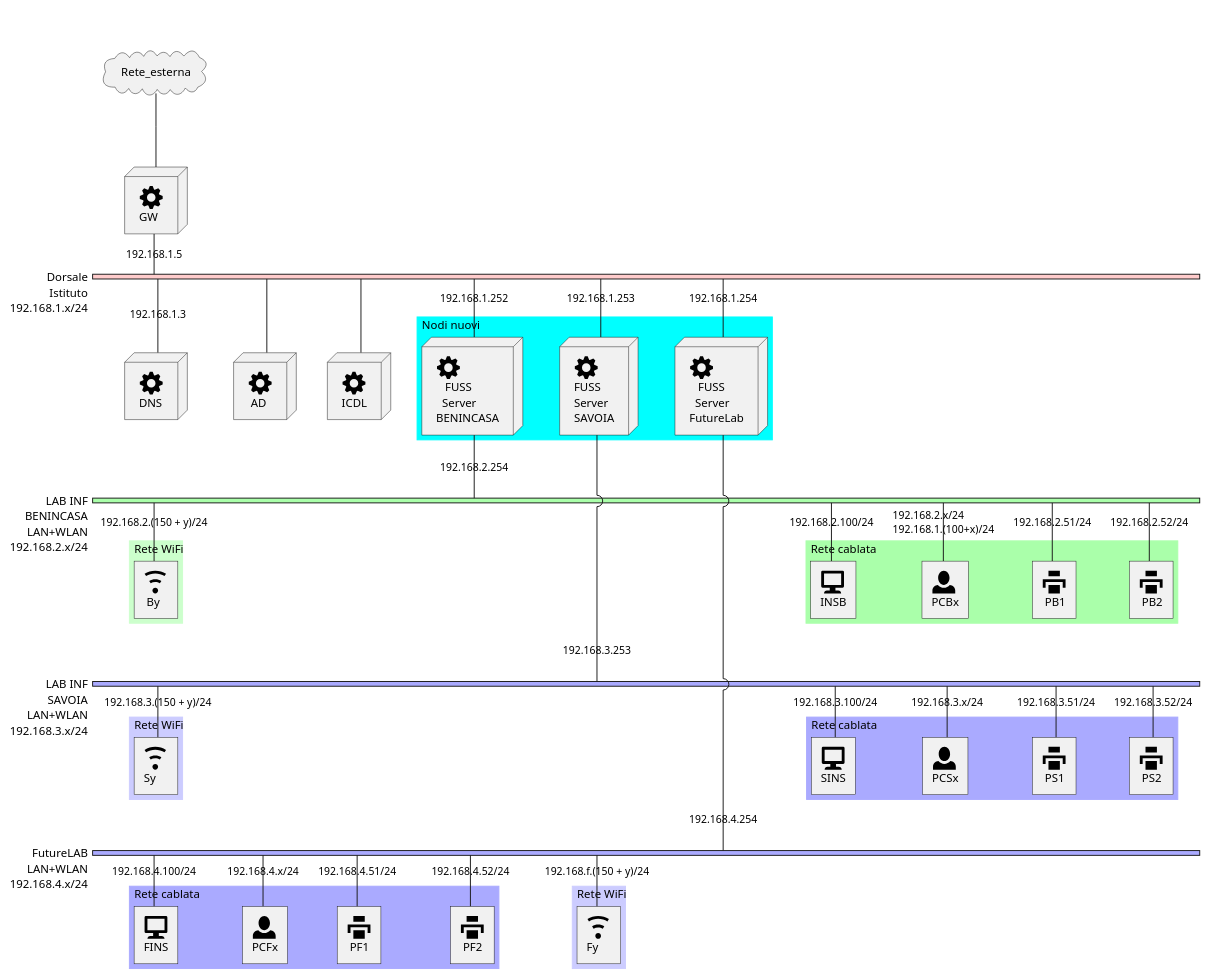
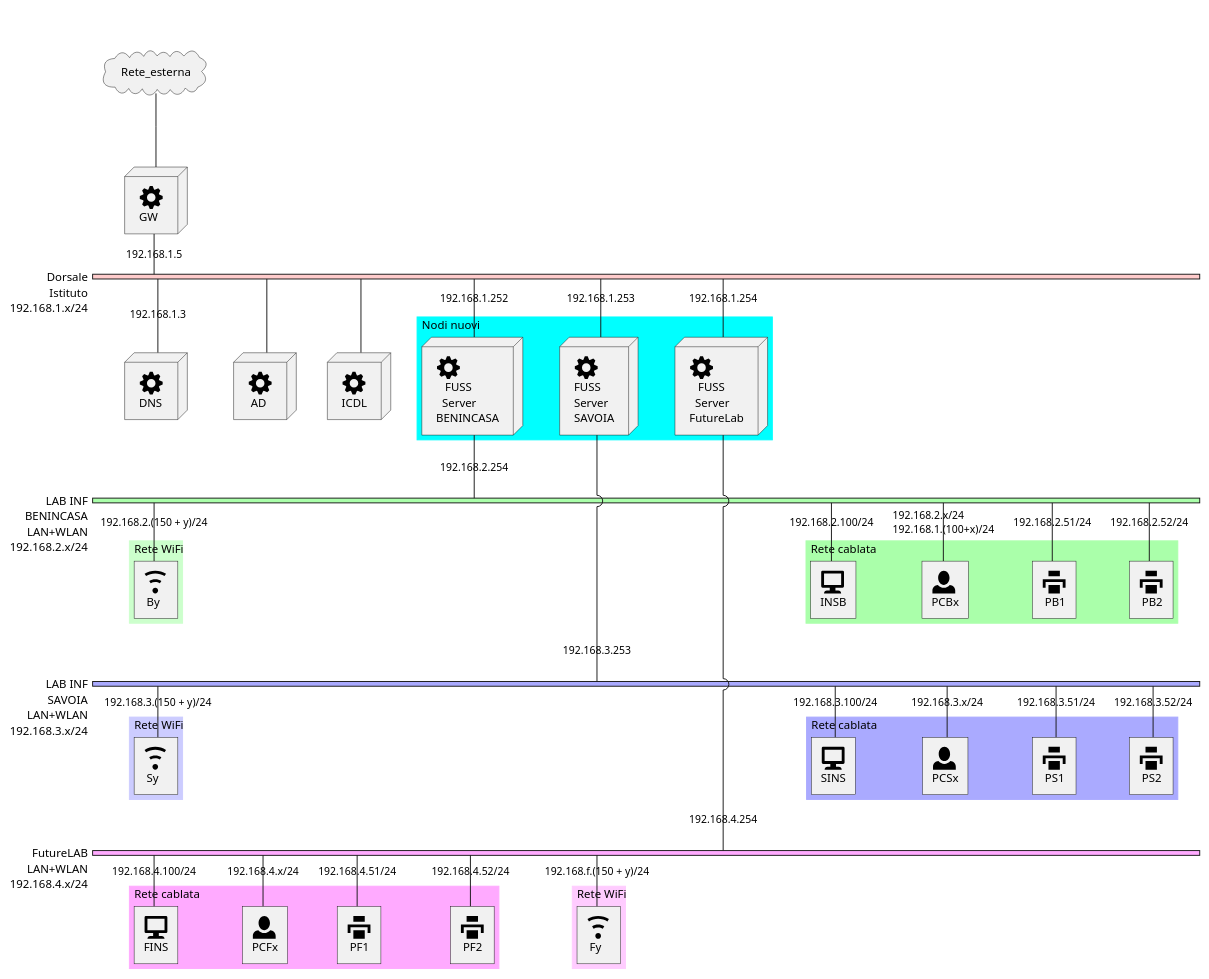
One commit to gionatamassibenincasa/as-22-23 changed the first of 2 diagrams in proposte/rete_laboratori/proposte_laboratori_informatica.adoc. Above: the diagram before and after it, drawn with PlantUML. The commit also changed other lines of this file and 1 other file, not shown here.

Commit message:
Modifica colori nel diagramma della rete il FutureLab

```diff
--- a/proposte/rete_laboratori/proposte_laboratori_informatica.adoc
+++ b/proposte/rete_laboratori/proposte_laboratori_informatica.adoc
@@ -275,11 +275,11 @@
         description="Rete WiFi"
         color="#CCCCFF"
         
-        WiFi_Sy [address="192.168.3.(150 + y)/24" description="<&wifi*3>\nSy"];
+        WiFi_Sy [address="192.168.3.(150 + y)/24" description="<&wifi*3>\n Sy"];
       }
     }
     network Lab_FL {
-      color="#AAAAFF"
+      color="#FFAAFF"
       width="full";
       address="192.168.4.x/24"
       description="FutureLAB\nLAN+WLAN"
@@ -287,7 +287,7 @@
       FSF  [address="192.168.4.254" shape="node" description="<&cog*3>\n   FUSS\n  Server\nFutureLab"];
       group F_Cabled {
         description="Rete cablata"
-        color="#AAAAFF"
+        color="#FFAAFF"
         
         doc_F [address="192.168.4.100/24" description="<&monitor*3>\nFINS"];
         pc_Fx  [address="192.168.4.x/24" description="<&person*3>\nPCFx"];
@@ -298,9 +298,9 @@
       
       group F_WiFi {
         description="Rete WiFi"
-        color="#CCCCFF"
+        color="#FFCCFF"
         
-        WiFi_Fy [address="192.168.f.(150 + y)/24" description="<&wifi*3>\nFy"];
+        WiFi_Fy [address="192.168.f.(150 + y)/24" description="<&wifi*3>\n Fy"];
       }
   }
 }
```
